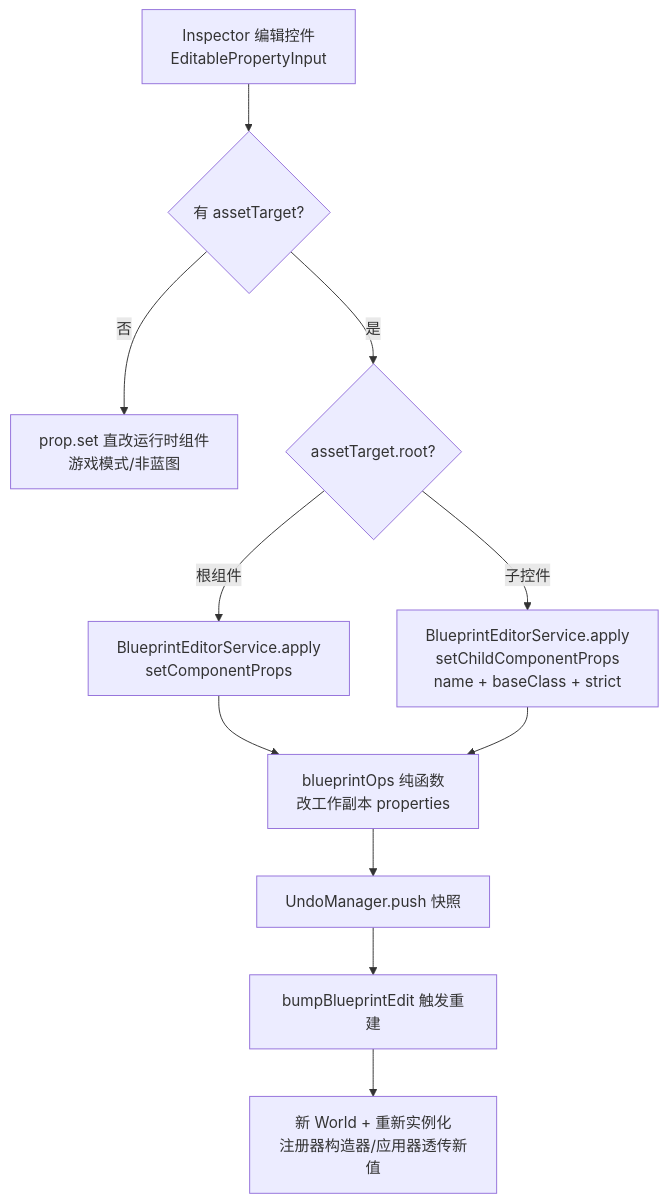
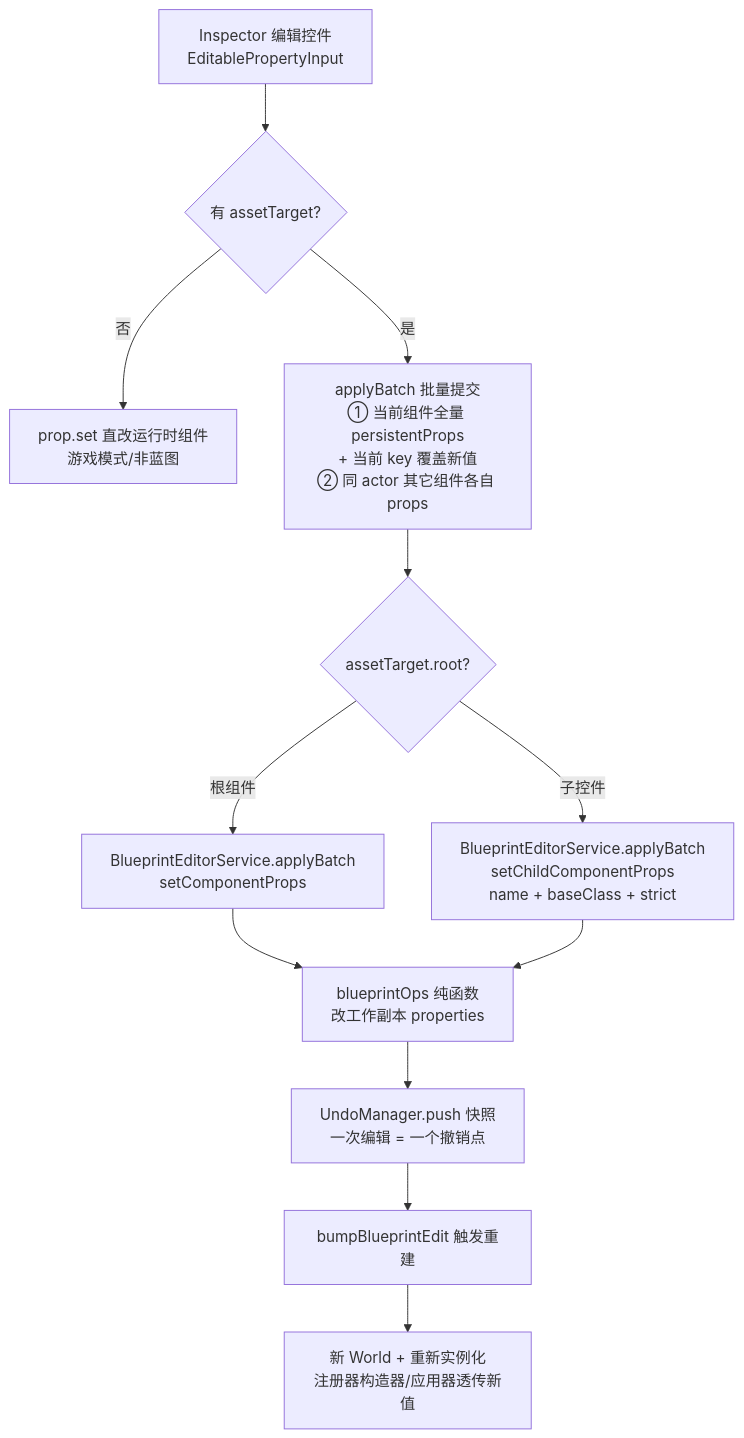
Before and after one commit to Kaplc/DemoStudio: the first of 2 diagrams in doc/editor/property_edit_system.md, drawn with Mermaid. The commit also changed other lines of this file and 20 other files, not shown here.

````diff
--- a/doc/editor/property_edit_system.md
+++ b/doc/editor/property_edit_system.md
@@ -90,13 +90,14 @@
 ```mermaid
 flowchart TD
     A[Inspector 编辑控件<br/>EditablePropertyInput] --> B{有 assetTarget?}
     B -- 否 --> C[prop.set 直改运行时组件<br/>游戏模式/非蓝图]
-    B -- 是 --> D{assetTarget.root?}
-    D -- 根组件 --> E[BlueprintEditorService.apply<br/>setComponentProps]
-    D -- 子控件 --> F[BlueprintEditorService.apply<br/>setChildComponentProps<br/>name + baseClass + strict]
-    E --> G[blueprintOps 纯函数<br/>改工作副本 properties]
-    F --> G
-    G --> H[UndoManager.push 快照]
-    H --> I[bumpBlueprintEdit 触发重建]
-    I --> J[新 World + 重新实例化<br/>注册器构造器/应用器透传新值]
+    B -- 是 --> D[applyBatch 批量提交<br/>① 当前组件全量 persistentProps<br/>+ 当前 key 覆盖新值<br/>② 同 actor 其它组件各自 props]
+    D --> E{assetTarget.root?}
+    E -- 根组件 --> F[BlueprintEditorService.applyBatch<br/>setComponentProps]
+    E -- 子控件 --> G[BlueprintEditorService.applyBatch<br/>setChildComponentProps<br/>name + baseClass + strict]
+    F --> H[blueprintOps 纯函数<br/>改工作副本 properties]
+    G --> H
+    H --> I[UndoManager.push 快照<br/>一次编辑 = 一个撤销点]
+    I --> J[bumpBlueprintEdit 触发重建]
+    J --> K[新 World + 重新实例化<br/>注册器构造器/应用器透传新值]
 ```
````
